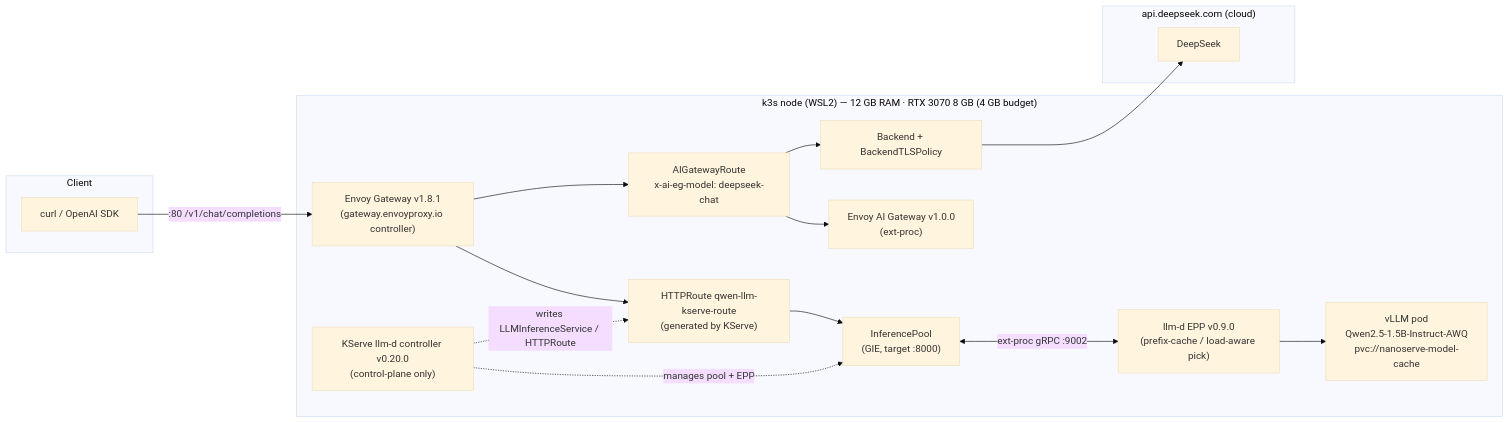
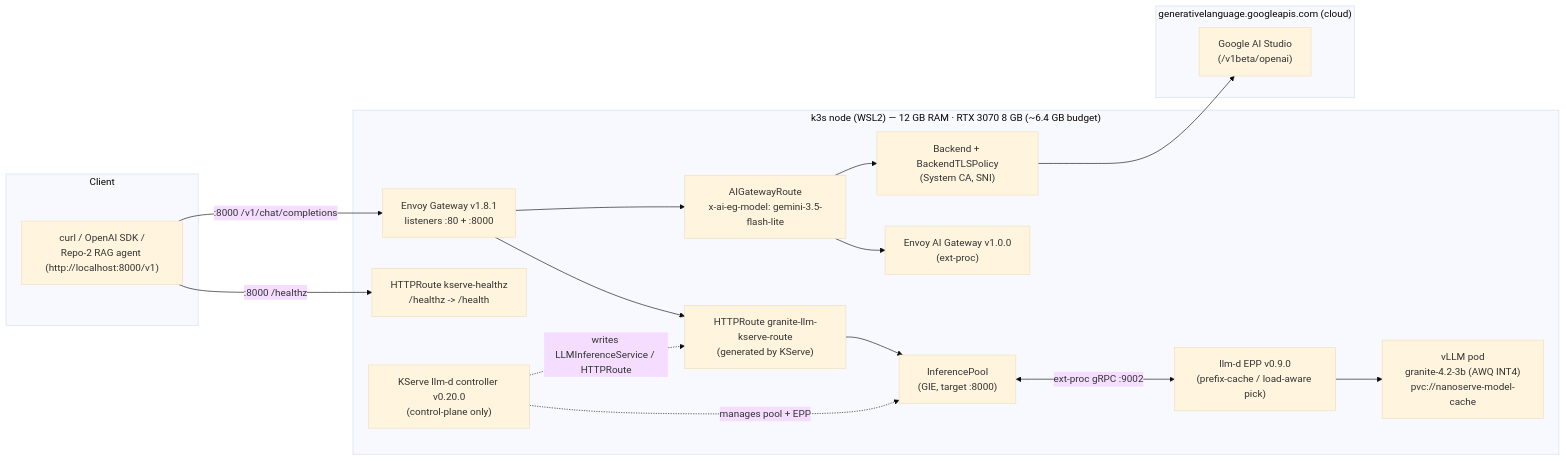
The first of 2 diagrams in README.md (aymanaboghonim/nanoserve-llm), drawn with Mermaid (base theme) before and after one commit. The commit also changed other lines of this file and 50 other files, not shown here.

````diff
--- a/README.md
+++ b/README.md
@@ -16,33 +21,35 @@
 ```mermaid
 flowchart LR
     subgraph Client
-        C["curl / OpenAI SDK"]
+        C["curl / OpenAI SDK /<br/>Repo-2 RAG agent (http://localhost:8000/v1)"]
     end
 
-    subgraph Node["k3s node (WSL2) — 12 GB RAM · RTX 3070 8 GB (4 GB budget)"]
-        EG["Envoy Gateway v1.8.1<br/>(gateway.envoyproxy.io controller)"]
-        HR["HTTPRoute qwen-llm-kserve-route<br/>(generated by KServe)"]
+    subgraph Node["k3s node (WSL2) — 12 GB RAM · RTX 3070 8 GB (~6.4 GB budget)"]
+        EG["Envoy Gateway v1.8.1<br/>listeners :80 + :8000"]
+        HR["HTTPRoute granite-llm-kserve-route<br/>(generated by KServe)"]
+        HZ["HTTPRoute kserve-healthz<br/>/healthz -> /health"]
         Pool["InferencePool<br/>(GIE, target :8000)"]
         EPP["llm-d EPP v0.9.0<br/>(prefix-cache / load-aware pick)"]
-        VLLM["vLLM pod<br/>Qwen2.5-1.5B-Instruct-AWQ<br/>pvc://nanoserve-model-cache"]
+        VLLM["vLLM pod<br/>granite-4.2-3b (AWQ INT4)<br/>pvc://nanoserve-model-cache"]
         EAG["Envoy AI Gateway v1.0.0<br/>(ext-proc)"]
-        AGR["AIGatewayRoute<br/>x-ai-eg-model: deepseek-chat"]
-        BK["Backend + BackendTLSPolicy"]
+        AGR["AIGatewayRoute<br/>x-ai-eg-model: gemini-3.5-flash-lite"]
+        BK["Backend + BackendTLSPolicy<br/>(System CA, SNI)"]
         KSC["KServe llm-d controller v0.20.0<br/>(control-plane only)"]
     end
 
-    subgraph Tier2["api.deepseek.com (cloud)"]
-        DS["DeepSeek"]
+    subgraph Tier2["generativelanguage.googleapis.com (cloud)"]
+        GM["Google AI Studio<br/>(/v1beta/openai)"]
     end
 
-    C -- ":80 /v1/chat/completions" --> EG
+    C -- ":8000 /v1/chat/completions" --> EG
+    C -- ":8000 /healthz" --> HZ
     EG --> HR --> Pool
     Pool <-- "ext-proc gRPC :9002" --> EPP
     EPP --> VLLM
 
     EG --> AGR --> EAG
-    AGR --> BK --> DS
+    AGR --> BK --> GM
 
     KSC -. "writes LLMInferenceService / HTTPRoute" .-> HR
     KSC -. "manages pool + EPP" .-> Pool
 ```
````
